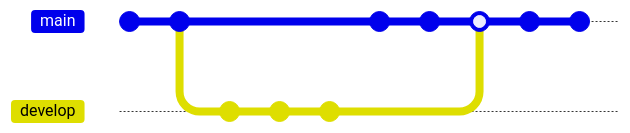
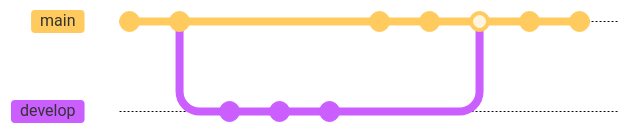
Before and after one commit to arnesor/test: the second of 2 diagrams in README.md, drawn with Mermaid. Commit ids are hidden.

Commit message:
Test gitgraph 1

````diff
--- a/README.md
+++ b/README.md
@@ -20,15 +20,16 @@
 ```mermaid
+%%{init: { 'theme': 'base', 'gitGraph': {'showCommitLabel': false}} }%%
 gitGraph
        commit
        commit
        branch develop
        commit
        commit
        commit
        checkout main
        commit
        commit
        merge develop
        commit
        commit
 ```
````
